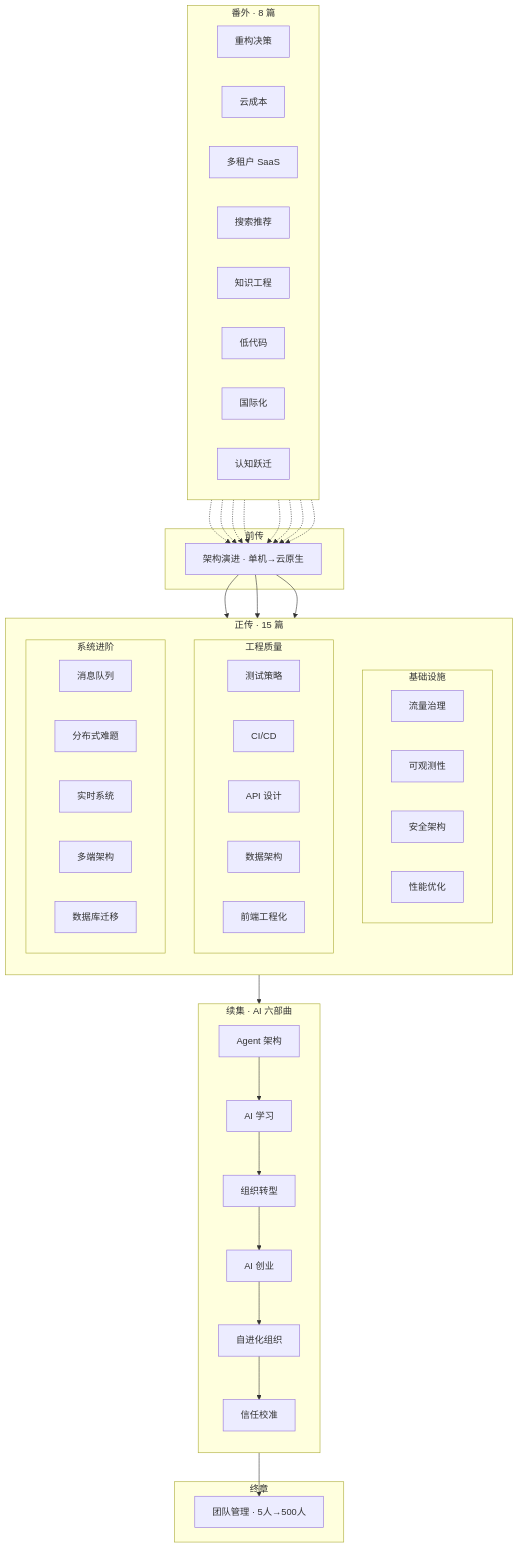
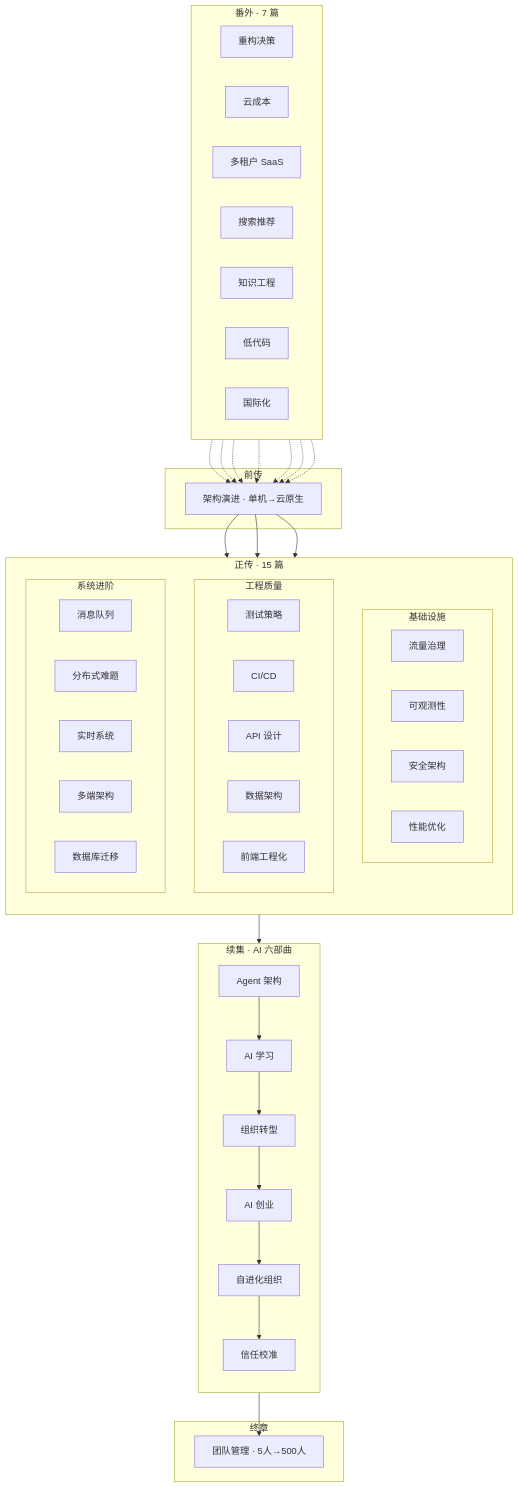
Before and after one commit to wb04307201/wb04307201: the diagram in note/14.story/index.md, drawn with Mermaid. The commit also changed other lines of this file and 2 other files, not shown here.

First line of the commit message:
refactor(architecture): 添加TOGAF企业架构思维阶段并重构架构演进内容

````diff
--- a/note/14.story/index.md
+++ b/note/14.story/index.md
@@ -12,72 +12,70 @@
 ```mermaid
 graph TB
     subgraph prequel["前传"]
         A["架构演进 · 单机→云原生"]
     end
 
     subgraph main["正传 · 15 篇"]
         direction TB
         subgraph infra["基础设施"]
             direction LR
             B1["流量治理"]
             B2["可观测性"]
             B3["安全架构"]
             B4["性能优化"]
         end
         subgraph eng["工程质量"]
             direction LR
             C1["测试策略"]
             C2["CI/CD"]
             C3["API 设计"]
             C4["数据架构"]
             C5["前端工程化"]
         end
         subgraph adv["系统进阶"]
             direction LR
             D1["消息队列"]
             D2["分布式难题"]
             D3["实时系统"]
             D4["多端架构"]
             D5["数据库迁移"]
         end
     end
 
     subgraph sequel["续集 · AI 六部曲"]
         direction TB
         H1["Agent 架构"] --> H2["AI 学习"]
         H2 --> H3["组织转型"]
         H3 --> H4["AI 创业"]
         H4 --> H5["自进化组织"]
         H5 --> H6["信任校准"]
     end
 
     subgraph finale["终章"]
         I1["团队管理 · 5人→500人"]
     end
 
-    subgraph extra["番外 · 8 篇"]
+    subgraph extra["番外 · 7 篇"]
         direction LR
         J1["重构决策"]
         J2["云成本"]
         J3["多租户 SaaS"]
         J4["搜索推荐"]
         J5["知识工程"]
         J6["低代码"]
         J7["国际化"]
-        J8["认知跃迁"]
     end
 
     A --> infra
     A --> eng
     A --> adv
     adv --> sequel
     sequel --> I1
     J1 -.-> A
     J2 -.-> A
     J3 -.-> A
     J4 -.-> A
     J5 -.-> A
     J6 -.-> A
     J7 -.-> A
-    J8 -.-> A
 ```
````
